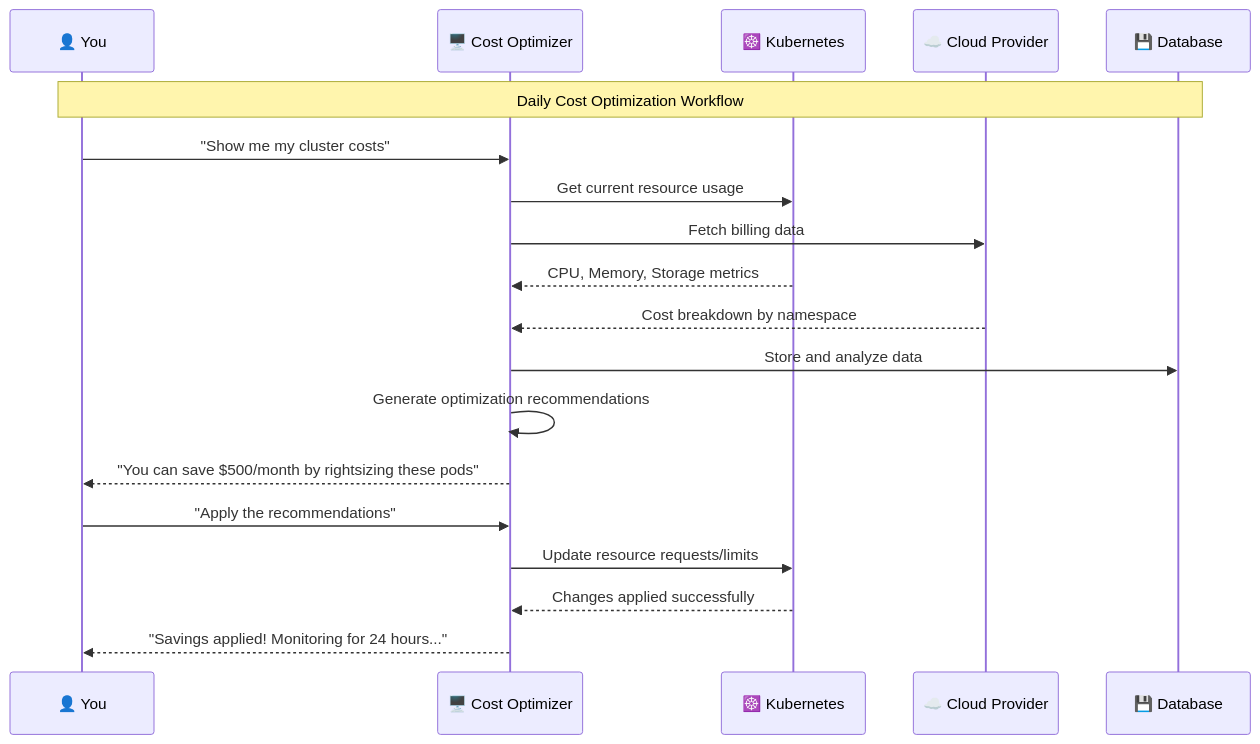
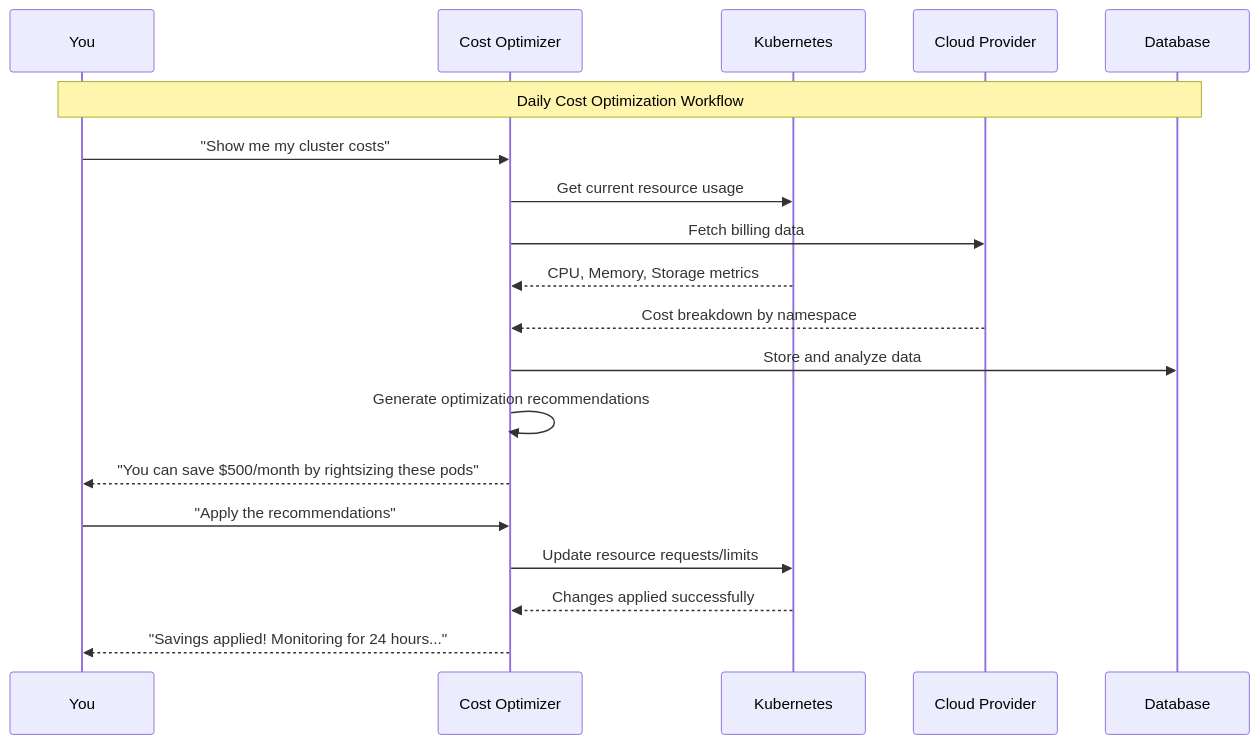
The second of 4 diagrams in README.md (catherinevee/k8s-kost), drawn with Mermaid before and after one commit. The commit also changed other lines of this file and 1 other file, not shown here.

````diff
--- a/README.md
+++ b/README.md
@@ -95,27 +95,27 @@
 ```mermaid
 sequenceDiagram
-    participant You as 👤 You
-    participant App as 🖥️ Cost Optimizer
-    participant K8s as ☸️ Kubernetes
-    participant Cloud as ☁️ Cloud Provider
-    participant DB as 💾 Database
+    participant You as You
+    participant App as Cost Optimizer
+    participant K8s as Kubernetes
+    participant Cloud as Cloud Provider
+    participant DB as Database
     
     Note over You,DB: Daily Cost Optimization Workflow
     
     You->>App: "Show me my cluster costs"
     App->>K8s: Get current resource usage
     App->>Cloud: Fetch billing data
     K8s-->>App: CPU, Memory, Storage metrics
     Cloud-->>App: Cost breakdown by namespace
     
     App->>DB: Store and analyze data
     App->>App: Generate optimization recommendations
     
     App-->>You: "You can save $500/month by rightsizing these pods"
     
     You->>App: "Apply the recommendations"
     App->>K8s: Update resource requests/limits
     K8s-->>App: Changes applied successfully
     
     App-->>You: "Savings applied! Monitoring for 24 hours..."
 ```
````
